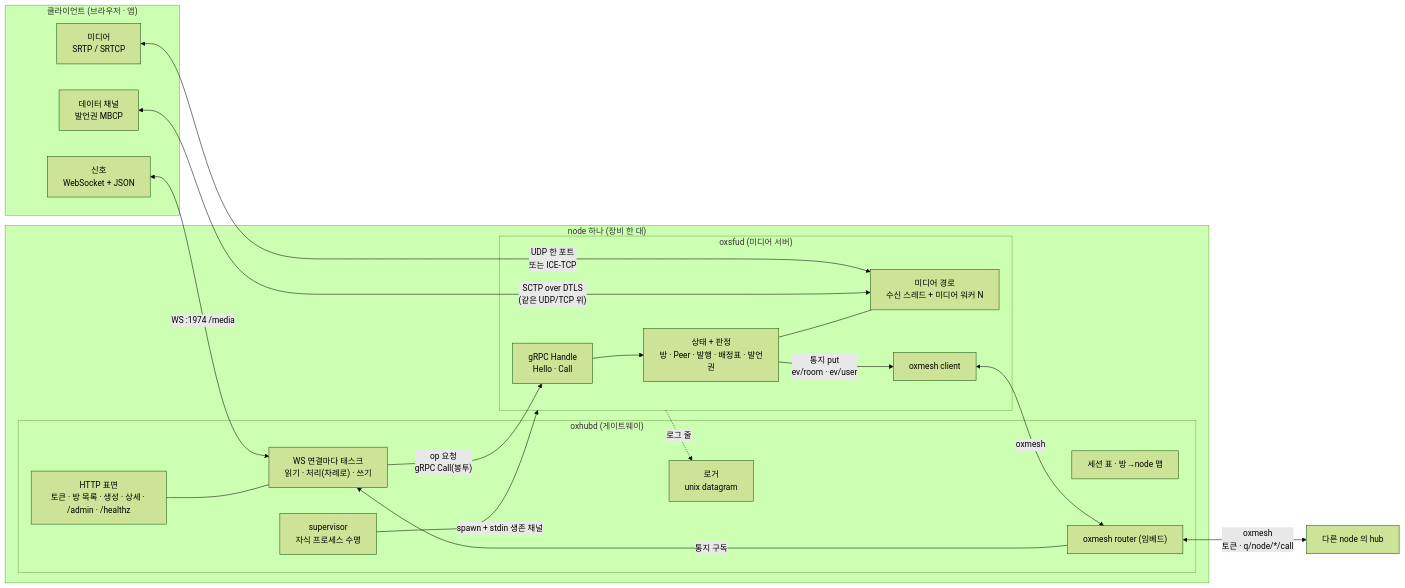
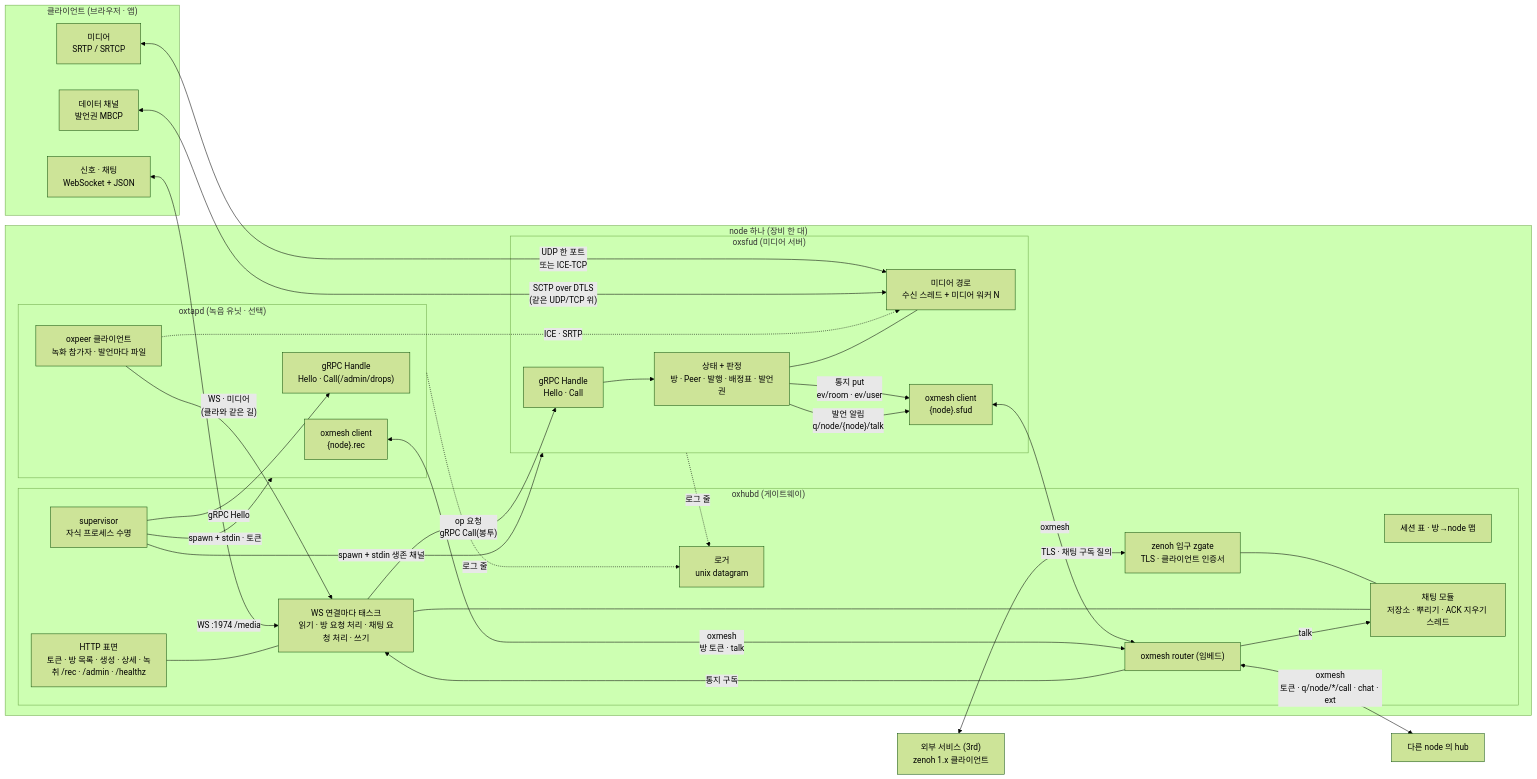
Before and after one commit to kodeholic9/oxlens-sfu: the first of 11 diagrams in docs/architecture.md, drawn with Mermaid (forest theme). The commit also changed other lines of this file and 37 other files, not shown here.

````diff
--- a/docs/architecture.md
+++ b/docs/architecture.md
@@ -31,42 +34,62 @@
 ```mermaid
 flowchart LR
     subgraph CL["클라이언트 (브라우저 · 앱)"]
-        SIG["신호<br/>WebSocket + JSON"]
+        SIG["신호 · 채팅<br/>WebSocket + JSON"]
         MED["미디어<br/>SRTP / SRTCP"]
         DC["데이터 채널<br/>발언권 MBCP"]
     end
 
+    X3["외부 서비스 (3rd)<br/>zenoh 1.x 클라이언트"]
+
     subgraph NODE["node 하나 (장비 한 대)"]
         subgraph HUB["oxhubd (게이트웨이)"]
-            HTTP["HTTP 표면<br/>토큰 · 방 목록 · 생성 · 상세 · /admin · /healthz"]
-            WS["WS 연결마다 태스크<br/>읽기 · 처리(차례로) · 쓰기"]
+            HTTP["HTTP 표면<br/>토큰 · 방 목록 · 생성 · 상세 · 녹취 /rec · /admin · /healthz"]
+            WS["WS 연결마다 태스크<br/>읽기 · 방 요청 처리 · 채팅 요청 처리 · 쓰기"]
             SES["세션 표 · 방→node 맵"]
+            CHAT["채팅 모듈<br/>저장소 · 뿌리기 · ACK 지우기 스레드"]
+            ZG["zenoh 입구 zgate<br/>TLS · 클라이언트 인증서"]
             SUP["supervisor<br/>자식 프로세스 수명"]
             ZR["oxmesh router (임베드)"]
             LOG["로거<br/>unix datagram"]
         end
         subgraph SFU["oxsfud (미디어 서버)"]
             GRPC["gRPC Handle<br/>Hello · Call"]
             CORE["상태 + 판정<br/>방 · Peer · 발행 · 배정표 · 발언권"]
             MEDIA["미디어 경로<br/>수신 스레드 + 미디어 워커 N"]
-            ZC["oxmesh client"]
+            ZC["oxmesh client<br/>{node}.sfud"]
+        end
+        subgraph TAP["oxtapd (녹음 유닛 · 선택)"]
+            TG["gRPC Handle<br/>Hello · Call(/admin/drops)"]
+            TP["oxpeer 클라이언트<br/>녹화 참가자 · 발언마다 파일"]
+            TC["oxmesh client<br/>{node}.rec"]
         end
     end
 
     OTHER["다른 node 의 hub"]
 
     SIG <-->|"WS :1974 /media"| WS
     HTTP --- WS
     MED <-->|"UDP 한 포트<br/>또는 ICE-TCP"| MEDIA
     DC <-->|"SCTP over DTLS<br/>(같은 UDP/TCP 위)"| MEDIA
+    X3 <-->|"TLS · 채팅 구독 질의"| ZG
+    ZG --- CHAT
+    WS --- CHAT
 
     WS -->|"op 요청<br/>gRPC Call(봉투)"| GRPC
     GRPC --> CORE
     CORE -->|"통지 put<br/>ev/room · ev/user"| ZC
+    CORE -->|"발언 알림<br/>q/node/{node}/talk"| ZC
     ZC <-->|"oxmesh"| ZR
+    TC <-->|"oxmesh<br/>방 토큰 · talk"| ZR
     ZR -->|"통지 구독"| WS
-    ZR <-->|"oxmesh<br/>토큰 · q/node/*/call"| OTHER
+    ZR -->|"talk"| CHAT
+    ZR <-->|"oxmesh<br/>토큰 · q/node/*/call · chat · ext"| OTHER
+    TP -->|"WS · 미디어<br/>(클라와 같은 길)"| WS
+    TP -.->|"ICE · SRTP"| MEDIA
     SUP -->|"spawn + stdin 생존 채널"| SFU
+    SUP -->|"spawn + stdin · 토큰"| TAP
+    SUP -->|"gRPC Hello"| TG
     SFU -.->|"로그 줄"| LOG
+    TAP -.->|"로그 줄"| LOG
     CORE --- MEDIA
 ```
````
